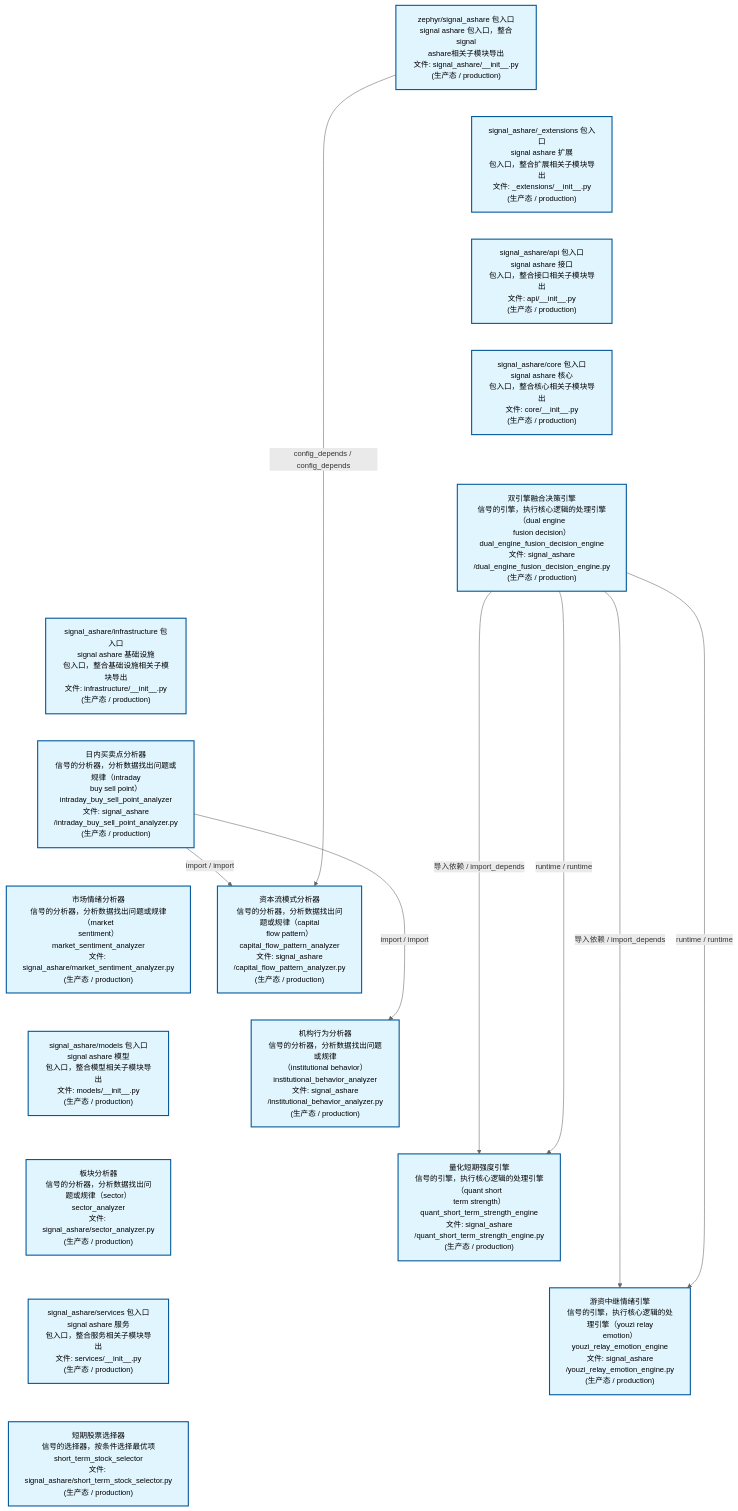
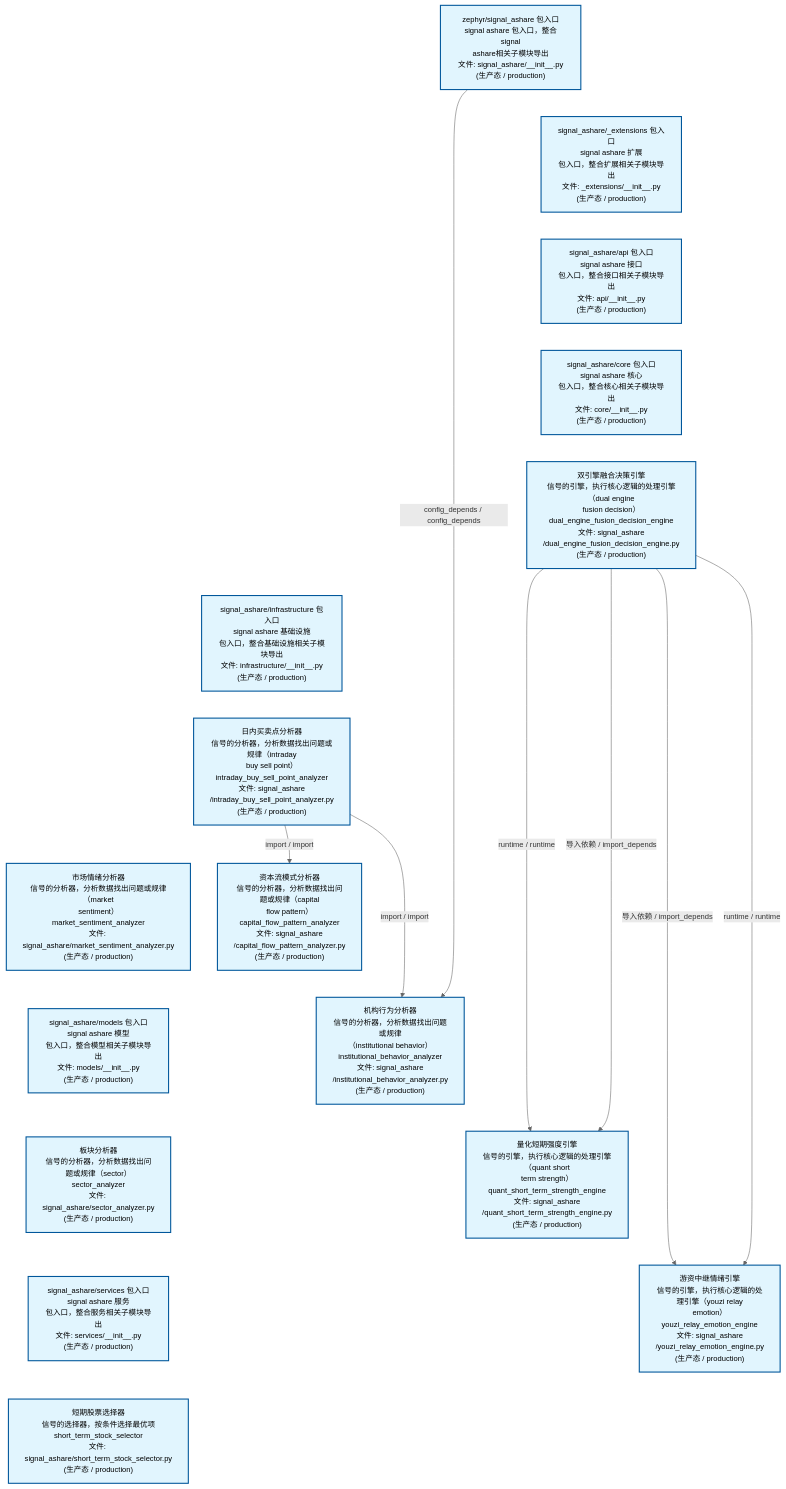
The second of 4 diagrams in docs/02_enterprise_architecture/02_domain_architecture_docs/32_d_ashare_signal.md (xuanFelixVan/ZephyrAlpha), drawn with Mermaid before and after one commit. The commit also changed other lines of this file and 45 other files, not shown here.

````diff
--- a/docs/02_enterprise_architecture/02_domain_architecture_docs/32_d_ashare_signal.md
+++ b/docs/02_enterprise_architecture/02_domain_architecture_docs/32_d_ashare_signal.md
@@ -169,46 +169,46 @@
 ```mermaid
 %%{init: {'theme': 'base', 'themeVariables': {'primaryColor': '#eaeaea', 'primaryTextColor': '#333333', 'primaryBorderColor': '#666666', 'lineColor': '#666666', 'secondaryColor': '#eaeaea', 'tertiaryColor': '#eaeaea', 'fontSize': '14px'}}}%%
 flowchart TD
     src_zephyr_signal_ashare_init_py["zephyr/signal_ashare 包入口<br/>signal ashare 包入口，整合signal<br/>ashare相关子模块导出<br/>文件: signal_ashare/__init__.py<br/>(生产态 / production)"]
     src_zephyr_signal_ashare_extensions_init_py["signal_ashare/_extensions 包入口<br/>signal ashare 扩展<br/>包入口，整合扩展相关子模块导出<br/>文件: _extensions/__init__.py<br/>(生产态 / production)"]
     src_zephyr_signal_ashare_api_init_py["signal_ashare/api 包入口<br/>signal ashare 接口<br/>包入口，整合接口相关子模块导出<br/>文件: api/__init__.py<br/>(生产态 / production)"]
     src_zephyr_signal_ashare_core_init_py["signal_ashare/core 包入口<br/>signal ashare 核心<br/>包入口，整合核心相关子模块导出<br/>文件: core/__init__.py<br/>(生产态 / production)"]
     src_zephyr_signal_ashare_dual_engine_fusion_decision_engine_py["双引擎融合决策引擎<br/>信号的引擎，执行核心逻辑的处理引擎（dual engine<br/>fusion decision）<br/>dual_engine_fusion_decision_engine<br/>文件: signal_ashare<br/>/dual_engine_fusion_decision_engine.py<br/>(生产态 / production)"]
     src_zephyr_signal_ashare_infrastructure_init_py["signal_ashare/infrastructure 包入口<br/>signal ashare 基础设施<br/>包入口，整合基础设施相关子模块导出<br/>文件: infrastructure/__init__.py<br/>(生产态 / production)"]
     src_zephyr_signal_ashare_intraday_buy_sell_point_analyzer_py["日内买卖点分析器<br/>信号的分析器，分析数据找出问题或规律（intraday<br/>buy sell point）<br/>intraday_buy_sell_point_analyzer<br/>文件: signal_ashare<br/>/intraday_buy_sell_point_analyzer.py<br/>(生产态 / production)"]
     src_zephyr_signal_ashare_market_sentiment_analyzer_py["市场情绪分析器<br/>信号的分析器，分析数据找出问题或规律（market<br/>sentiment）<br/>market_sentiment_analyzer<br/>文件: signal_ashare/market_sentiment_analyzer.py<br/>(生产态 / production)"]
     src_zephyr_signal_ashare_models_init_py["signal_ashare/models 包入口<br/>signal ashare 模型<br/>包入口，整合模型相关子模块导出<br/>文件: models/__init__.py<br/>(生产态 / production)"]
     src_zephyr_signal_ashare_sector_analyzer_py["板块分析器<br/>信号的分析器，分析数据找出问题或规律（sector）<br/>sector_analyzer<br/>文件: signal_ashare/sector_analyzer.py<br/>(生产态 / production)"]
     src_zephyr_signal_ashare_services_init_py["signal_ashare/services 包入口<br/>signal ashare 服务<br/>包入口，整合服务相关子模块导出<br/>文件: services/__init__.py<br/>(生产态 / production)"]
     src_zephyr_signal_ashare_short_term_stock_selector_py["短期股票选择器<br/>信号的选择器，按条件选择最优项<br/>short_term_stock_selector<br/>文件: signal_ashare/short_term_stock_selector.py<br/>(生产态 / production)"]
     src_zephyr_signal_ashare_init_py ~~~ src_zephyr_signal_ashare_extensions_init_py
     src_zephyr_signal_ashare_extensions_init_py ~~~ src_zephyr_signal_ashare_api_init_py
     src_zephyr_signal_ashare_api_init_py ~~~ src_zephyr_signal_ashare_core_init_py
     src_zephyr_signal_ashare_core_init_py ~~~ src_zephyr_signal_ashare_dual_engine_fusion_decision_engine_py
     src_zephyr_signal_ashare_dual_engine_fusion_decision_engine_py ~~~ src_zephyr_signal_ashare_infrastructure_init_py
     src_zephyr_signal_ashare_infrastructure_init_py ~~~ src_zephyr_signal_ashare_intraday_buy_sell_point_analyzer_py
     src_zephyr_signal_ashare_intraday_buy_sell_point_analyzer_py ~~~ src_zephyr_signal_ashare_market_sentiment_analyzer_py
     src_zephyr_signal_ashare_market_sentiment_analyzer_py ~~~ src_zephyr_signal_ashare_models_init_py
     src_zephyr_signal_ashare_models_init_py ~~~ src_zephyr_signal_ashare_sector_analyzer_py
     src_zephyr_signal_ashare_sector_analyzer_py ~~~ src_zephyr_signal_ashare_services_init_py
     src_zephyr_signal_ashare_services_init_py ~~~ src_zephyr_signal_ashare_short_term_stock_selector_py
     src_zephyr_signal_ashare_capital_flow_pattern_analyzer_py["资本流模式分析器<br/>信号的分析器，分析数据找出问题或规律（capital<br/>flow pattern）<br/>capital_flow_pattern_analyzer<br/>文件: signal_ashare<br/>/capital_flow_pattern_analyzer.py<br/>(生产态 / production)"]
     src_zephyr_signal_ashare_institutional_behavior_analyzer_py["机构行为分析器<br/>信号的分析器，分析数据找出问题或规律<br/>（institutional behavior）<br/>institutional_behavior_analyzer<br/>文件: signal_ashare<br/>/institutional_behavior_analyzer.py<br/>(生产态 / production)"]
     src_zephyr_signal_ashare_quant_short_term_strength_engine_py["量化短期强度引擎<br/>信号的引擎，执行核心逻辑的处理引擎（quant short<br/>term strength）<br/>quant_short_term_strength_engine<br/>文件: signal_ashare<br/>/quant_short_term_strength_engine.py<br/>(生产态 / production)"]
     src_zephyr_signal_ashare_youzi_relay_emotion_engine_py["游资中继情绪引擎<br/>信号的引擎，执行核心逻辑的处理引擎（youzi relay<br/>emotion）<br/>youzi_relay_emotion_engine<br/>文件: signal_ashare<br/>/youzi_relay_emotion_engine.py<br/>(生产态 / production)"]
     src_zephyr_signal_ashare_capital_flow_pattern_analyzer_py ~~~ src_zephyr_signal_ashare_institutional_behavior_analyzer_py
     src_zephyr_signal_ashare_institutional_behavior_analyzer_py ~~~ src_zephyr_signal_ashare_quant_short_term_strength_engine_py
     src_zephyr_signal_ashare_quant_short_term_strength_engine_py ~~~ src_zephyr_signal_ashare_youzi_relay_emotion_engine_py
-    src_zephyr_signal_ashare_intraday_buy_sell_point_analyzer_py -->|import / import| src_zephyr_signal_ashare_capital_flow_pattern_analyzer_py
-    src_zephyr_signal_ashare_intraday_buy_sell_point_analyzer_py -->|import / import| src_zephyr_signal_ashare_institutional_behavior_analyzer_py
-    src_zephyr_signal_ashare_dual_engine_fusion_decision_engine_py -->|导入依赖 / import_depends| src_zephyr_signal_ashare_quant_short_term_strength_engine_py
-    src_zephyr_signal_ashare_dual_engine_fusion_decision_engine_py -->|runtime / runtime| src_zephyr_signal_ashare_quant_short_term_strength_engine_py
     src_zephyr_signal_ashare_dual_engine_fusion_decision_engine_py -->|导入依赖 / import_depends| src_zephyr_signal_ashare_youzi_relay_emotion_engine_py
     src_zephyr_signal_ashare_dual_engine_fusion_decision_engine_py -->|runtime / runtime| src_zephyr_signal_ashare_youzi_relay_emotion_engine_py
-    src_zephyr_signal_ashare_init_py -->|config_depends / config_depends| src_zephyr_signal_ashare_capital_flow_pattern_analyzer_py
+    src_zephyr_signal_ashare_dual_engine_fusion_decision_engine_py -->|runtime / runtime| src_zephyr_signal_ashare_quant_short_term_strength_engine_py
+    src_zephyr_signal_ashare_dual_engine_fusion_decision_engine_py -->|导入依赖 / import_depends| src_zephyr_signal_ashare_quant_short_term_strength_engine_py
+    src_zephyr_signal_ashare_intraday_buy_sell_point_analyzer_py -->|import / import| src_zephyr_signal_ashare_institutional_behavior_analyzer_py
+    src_zephyr_signal_ashare_intraday_buy_sell_point_analyzer_py -->|import / import| src_zephyr_signal_ashare_capital_flow_pattern_analyzer_py
+    src_zephyr_signal_ashare_init_py -->|config_depends / config_depends| src_zephyr_signal_ashare_institutional_behavior_analyzer_py
     classDef production fill:#e1f5fe,stroke:#01579b,stroke-width:2px,color:#000
     classDef design fill:#fff3e0,stroke:#e65100,stroke-width:2px,color:#000,stroke-dasharray: 5 5
     classDef external_prod fill:#e8f4fd,stroke:#0277bd,stroke-width:1px,color:#000
     classDef external_design fill:#fff8e7,stroke:#ef6c00,stroke-width:1px,color:#000,stroke-dasharray: 5 5
     class src_zephyr_signal_ashare_init_py,src_zephyr_signal_ashare_extensions_init_py,src_zephyr_signal_ashare_api_init_py,src_zephyr_signal_ashare_capital_flow_pattern_analyzer_py,src_zephyr_signal_ashare_core_init_py,src_zephyr_signal_ashare_dual_engine_fusion_decision_engine_py,src_zephyr_signal_ashare_infrastructure_init_py,src_zephyr_signal_ashare_institutional_behavior_analyzer_py,src_zephyr_signal_ashare_intraday_buy_sell_point_analyzer_py,src_zephyr_signal_ashare_market_sentiment_analyzer_py,src_zephyr_signal_ashare_models_init_py,src_zephyr_signal_ashare_quant_short_term_strength_engine_py,src_zephyr_signal_ashare_sector_analyzer_py,src_zephyr_signal_ashare_services_init_py,src_zephyr_signal_ashare_short_term_stock_selector_py,src_zephyr_signal_ashare_youzi_relay_emotion_engine_py production
 ```
````
